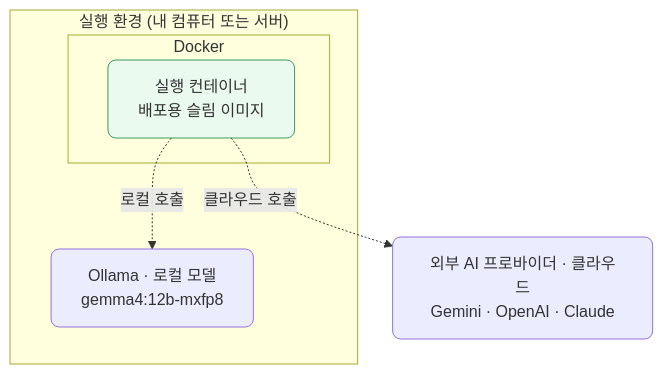
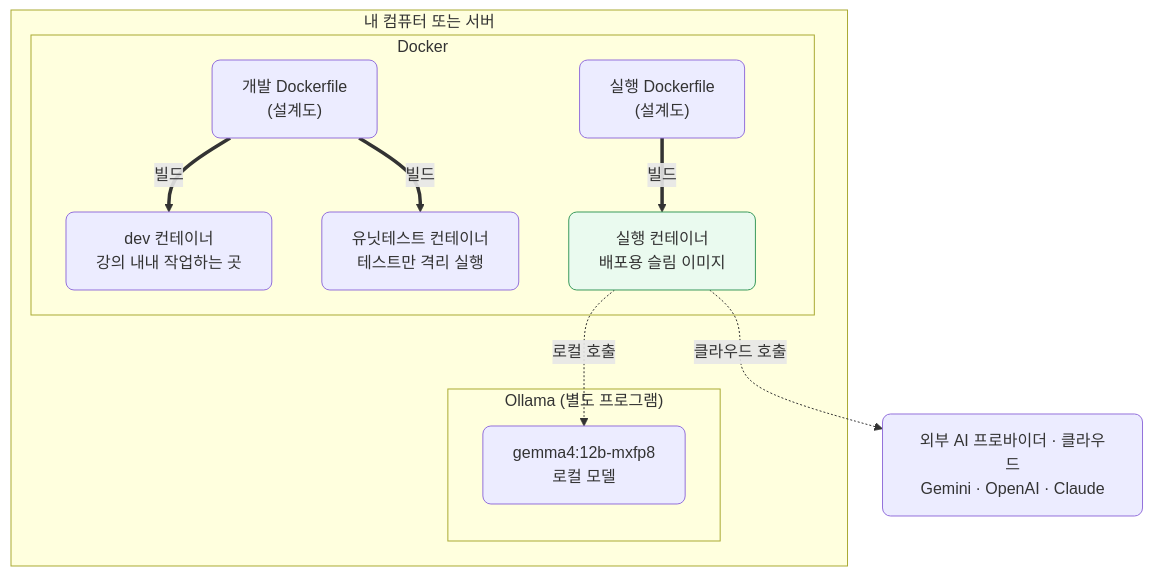
The second of 2 diagrams in docs/section1/lec01/README.md (CodeCompose7/ai_service_engineering), drawn with Mermaid before and after one commit. The commit also changed other lines of this file, not shown here.

Commit message:
lec01 환경 그림 2종 다듬기
- Ollama를 Docker와 같은 레벨의 별도 박스(subgraph)로 올려 별도 프로그램임을 드러냄
- 실행 컨테이너 그림을 첫 그림과 동일한 전체 구조로 맞추고, 강조만 dev→실행 컨테이너로 이동

````diff
--- a/docs/section1/lec01/README.md
+++ b/docs/section1/lec01/README.md
@@ -52,17 +54,26 @@
 ```mermaid
 flowchart TB
-  subgraph ENVB["실행 환경 (내 컴퓨터 또는 서버)"]
+  subgraph COMP2["내 컴퓨터 또는 서버"]
     subgraph DOCKER2["Docker"]
-      RUN["실행 컨테이너<br/>배포용 슬림 이미지"]
+      DF1b["개발 Dockerfile<br/>(설계도)"]
+      DF2b["실행 Dockerfile<br/>(설계도)"]
+      DEVb["dev 컨테이너<br/>강의 내내 작업하는 곳"]
+      TESTb["유닛테스트 컨테이너<br/>테스트만 격리 실행"]
+      RUNb["실행 컨테이너<br/>배포용 슬림 이미지"]
+      DF1b ==>|"빌드"| DEVb
+      DF1b ==>|"빌드"| TESTb
+      DF2b ==>|"빌드"| RUNb
     end
-    OLL2["Ollama · 로컬 모델<br/>gemma4:12b-mxfp8"]
+    subgraph OLLAMA2["Ollama (별도 프로그램)"]
+      MODELb["gemma4:12b-mxfp8<br/>로컬 모델"]
+    end
   end
   EXT2["외부 AI 프로바이더 · 클라우드<br/>Gemini · OpenAI · Claude"]
 
-  RUN -.->|"로컬 호출"| OLL2
-  RUN -.->|"클라우드 호출"| EXT2
+  RUNb -.->|"로컬 호출"| MODELb
+  RUNb -.->|"클라우드 호출"| EXT2
 
   classDef default rx:8,ry:8;
   classDef ship fill:#eafaef,stroke:#3a9a5c;
-  class RUN ship;
+  class RUNb ship;
 ```
````
